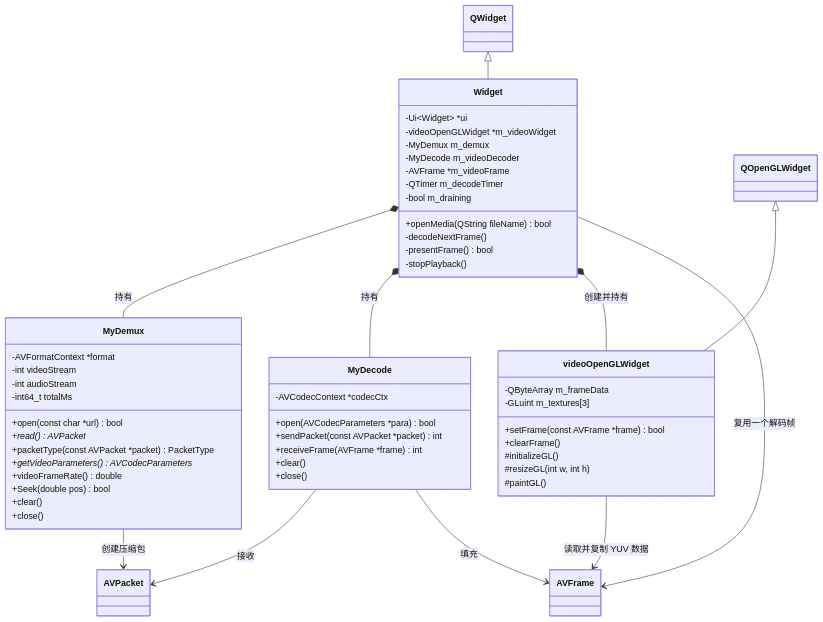
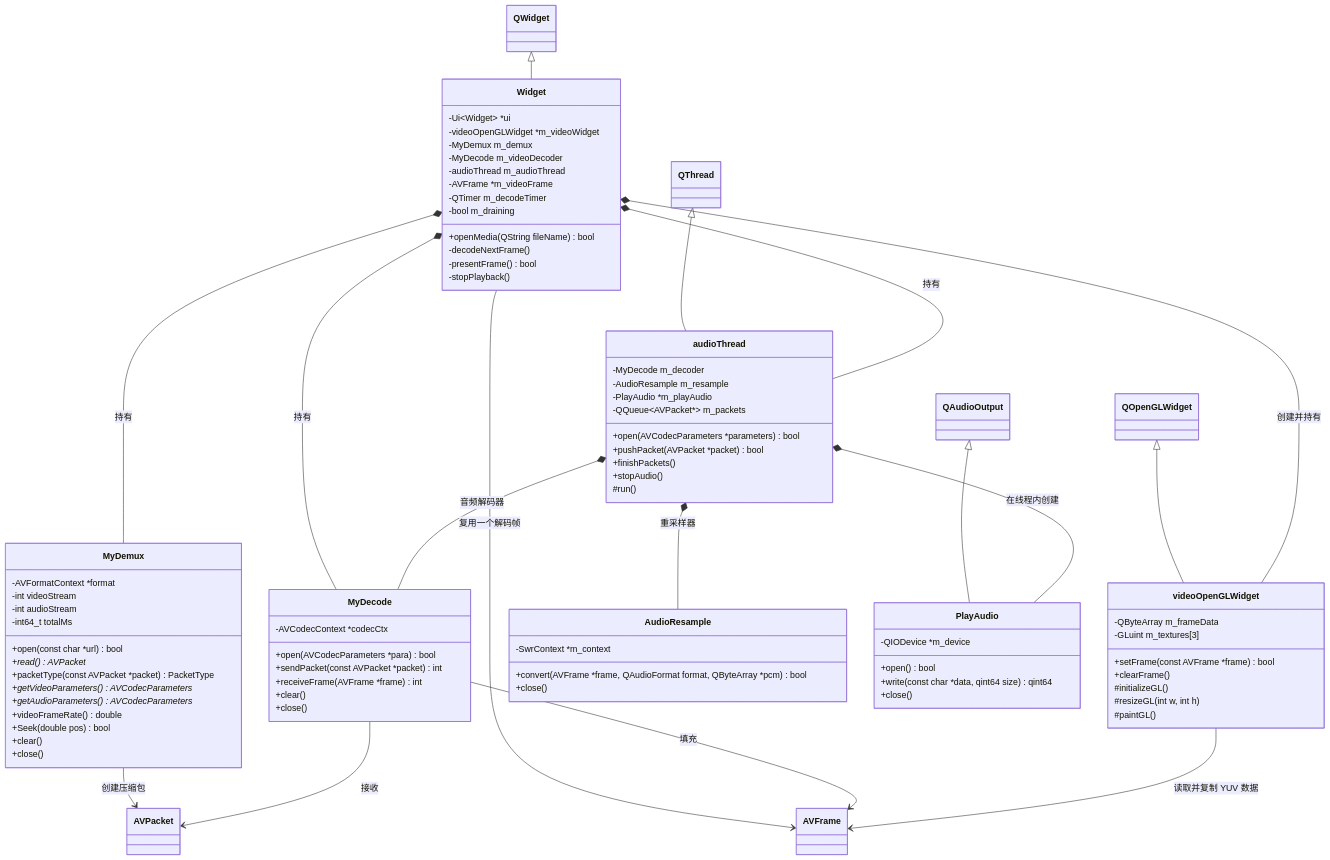
The first of 2 diagrams in DEVELOPMENT.md (lalalaaha12138-pixel/lsf), drawn with Mermaid before and after one commit. The commit also changed other lines of this file and 11 other files, not shown here.

```diff
--- a/DEVELOPMENT.md
+++ b/DEVELOPMENT.md
@@ -39,6 +39,7 @@
         -videoOpenGLWidget *m_videoWidget
         -MyDemux m_demux
         -MyDecode m_videoDecoder
+        -audioThread m_audioThread
         -AVFrame *m_videoFrame
         -QTimer m_decodeTimer
         -bool m_draining
@@ -57,6 +58,7 @@
         +read() AVPacket*
         +packetType(const AVPacket *packet) PacketType
         +getVideoParameters() AVCodecParameters*
+        +getAudioParameters() AVCodecParameters*
         +videoFrameRate() double
         +Seek(double pos) bool
         +clear()
@@ -82,11 +84,42 @@
         #paintGL()
     }
 
+    class audioThread {
+        -MyDecode m_decoder
+        -AudioResample m_resample
+        -PlayAudio *m_playAudio
+        -QQueue~AVPacket*~ m_packets
+        +open(AVCodecParameters *parameters) bool
+        +pushPacket(AVPacket *packet) bool
+        +finishPackets()
+        +stopAudio()
+        #run()
+    }
+
+    class AudioResample {
+        -SwrContext *m_context
+        +convert(AVFrame *frame, QAudioFormat format, QByteArray *pcm) bool
+        +close()
+    }
+
+    class PlayAudio {
+        -QIODevice *m_device
+        +open() bool
+        +write(const char *data, qint64 size) qint64
+        +close()
+    }
+
     QWidget <|-- Widget
     QOpenGLWidget <|-- videoOpenGLWidget
+    QThread <|-- audioThread
+    QAudioOutput <|-- PlayAudio
     Widget *-- MyDemux : 持有
     Widget *-- MyDecode : 持有
     Widget *-- videoOpenGLWidget : 创建并持有
+    Widget *-- audioThread : 持有
+    audioThread *-- MyDecode : 音频解码器
+    audioThread *-- AudioResample : 重采样器
+    audioThread *-- PlayAudio : 在线程内创建
     Widget --> AVFrame : 复用一个解码帧
     MyDemux --> AVPacket : 创建压缩包
     MyDecode --> AVPacket : 接收
```
